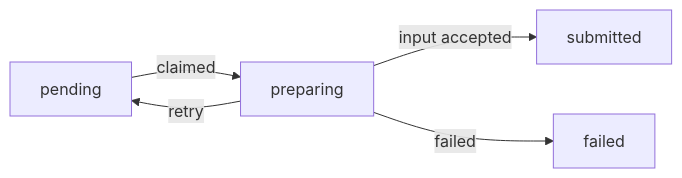
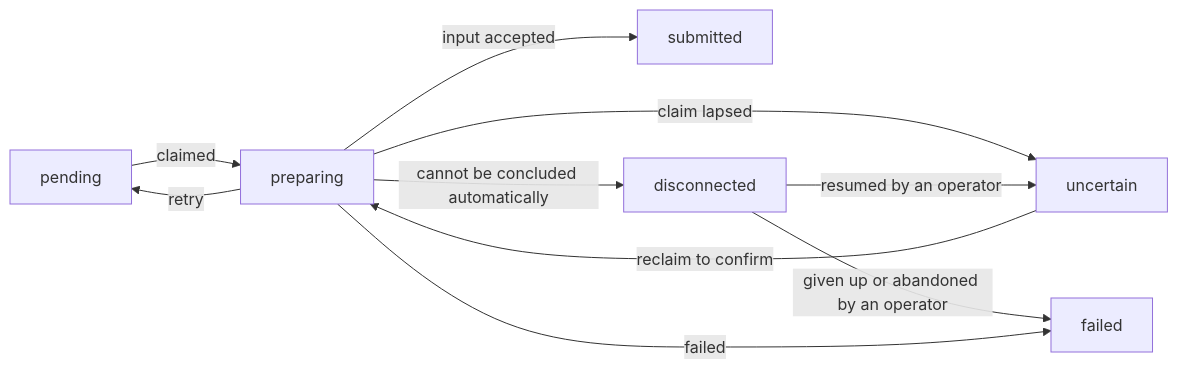
Before and after one commit to Agent-AI-Chalmers/sec-review-bot: the second of 5 diagrams in services/review-runs/README.md, drawn with Mermaid. The commit also changed other lines of this file and 5 other files, not shown here.

````diff
--- a/services/review-runs/README.md
+++ b/services/review-runs/README.md
@@ -84,7 +84,12 @@
 ```mermaid
 flowchart LR
   prepending[pending] -->|claimed| preparing
   preparing -->|input accepted| submitted
   preparing -->|retry| prepending
-  preparing -->|failed| prepfailed[failed]
+  preparing -->|claim lapsed| prepuncertain[uncertain]
+  prepuncertain -->|reclaim to confirm| preparing
+  preparing -->|cannot be concluded automatically| prepdisconnected[disconnected]
+  prepdisconnected -->|resumed by an operator| prepuncertain
+  prepdisconnected -->|given up or abandoned by an operator| prepfailed[failed]
+  preparing -->|failed| prepfailed
 ```
````
